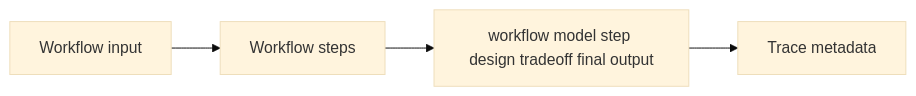
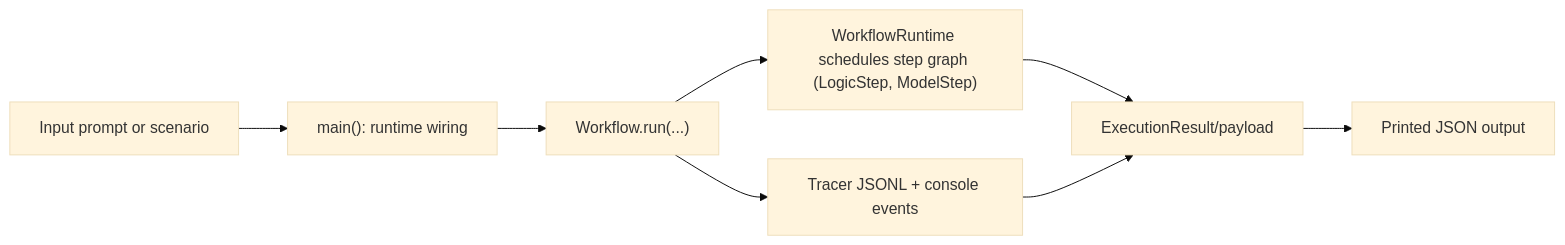
Before and after one commit to cmudrc/design-research-agents: the diagram in docs/examples/workflow/workflow_model_step_design_tradeoff.rst, drawn with Mermaid (base theme). The commit also changed other lines of this file and 83 other files, not shown here.

```diff
--- a/docs/examples/workflow/workflow_model_step_design_tradeoff.rst
+++ b/docs/examples/workflow/workflow_model_step_design_tradeoff.rst
@@ -21,6 +21,10 @@
 .. mermaid::
 
    flowchart LR
-       A["Workflow input"] --> B["Workflow steps"]
-       B --> C["workflow model step design tradeoff final output"]
-       C --> D["Trace metadata"]
+       A["Input prompt or scenario"] --> B["main(): runtime wiring"]
+       B --> C["Workflow.run(...)"]
+       C --> D["WorkflowRuntime schedules step graph (LogicStep, ModelStep)"]
+       C --> E["Tracer JSONL + console events"]
+       D --> F["ExecutionResult/payload"]
+       E --> F
+       F --> G["Printed JSON output"]
```
